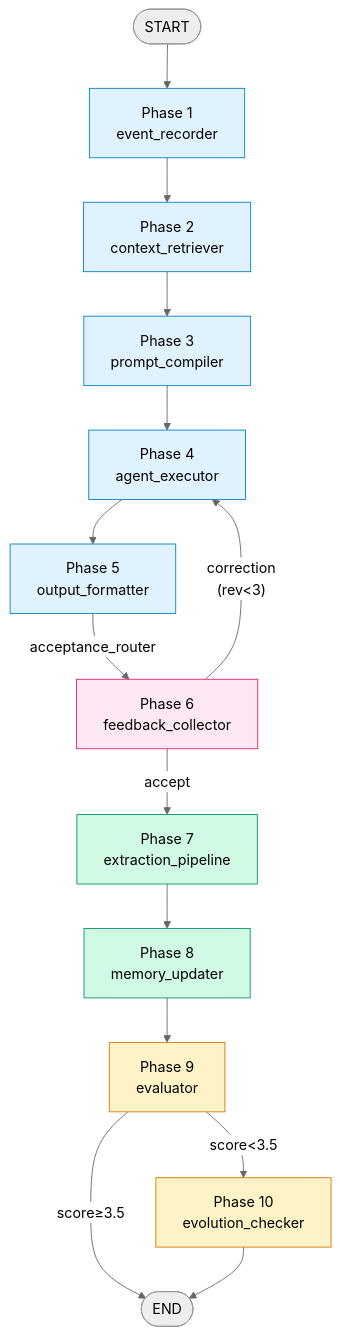
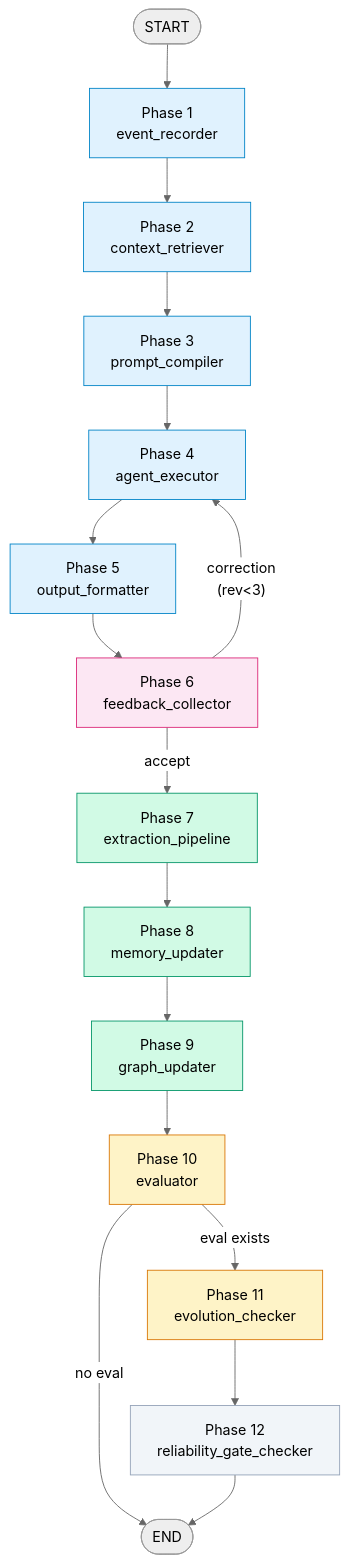
The diagram in graph/overview.md (jingjiu0621/LangGraph-project-self-prompt-update-agent), drawn with Mermaid (neutral theme) before and after one commit. The commit also changed other lines of this file and 31 other files, not shown here.

````diff
--- a/graph/overview.md
+++ b/graph/overview.md
@@ -32,31 +35,36 @@
 ```mermaid
 flowchart TD
     START([START]) --> P1["Phase 1<br/>event_recorder"]
     P1 --> P2["Phase 2<br/>context_retriever"]
     P2 --> P3["Phase 3<br/>prompt_compiler"]
     P3 --> P4["Phase 4<br/>agent_executor"]
     P4 --> P5["Phase 5<br/>output_formatter"]
 
-    P5 -->|acceptance_router| P6["Phase 6<br/>feedback_collector"]
+    P5 --> P6["Phase 6<br/>feedback_collector"]
 
     P6 -->|"correction<br/>(rev<3)"| P4
     P6 -->|"accept"| P7["Phase 7<br/>extraction_pipeline"]
 
     P7 --> P8["Phase 8<br/>memory_updater"]
-    P8 --> P9["Phase 9<br/>evaluator"]
+    P8 --> P9["Phase 9<br/>graph_updater"]
+    P9 --> P10["Phase 10<br/>evaluator"]
 
-    P9 -->|"score<3.5"| P10["Phase 10<br/>evolution_checker"]
-    P9 -->|"score≥3.5"| END([END])
-    P10 --> END
+    P10 -->|"eval exists"| P11["Phase 11<br/>evolution_checker"]
+    P10 -->|"no eval"| END([END])
+
+    P11 --> P12["Phase 12<br/>reliability_gate_checker"]
+    P12 --> END
 
     style P1 fill:#E0F2FE,stroke:#0284C7
     style P2 fill:#E0F2FE,stroke:#0284C7
     style P3 fill:#E0F2FE,stroke:#0284C7
     style P4 fill:#E0F2FE,stroke:#0284C7
     style P5 fill:#E0F2FE,stroke:#0284C7
     style P6 fill:#FCE7F3,stroke:#DB2777
     style P7 fill:#D1FAE5,stroke:#059669
     style P8 fill:#D1FAE5,stroke:#059669
-    style P9 fill:#FEF3C7,stroke:#D97706
+    style P9 fill:#D1FAE5,stroke:#059669
     style P10 fill:#FEF3C7,stroke:#D97706
+    style P11 fill:#FEF3C7,stroke:#D97706
+    style P12 fill:#F1F5F9,stroke:#94A3B8
 ```
````
